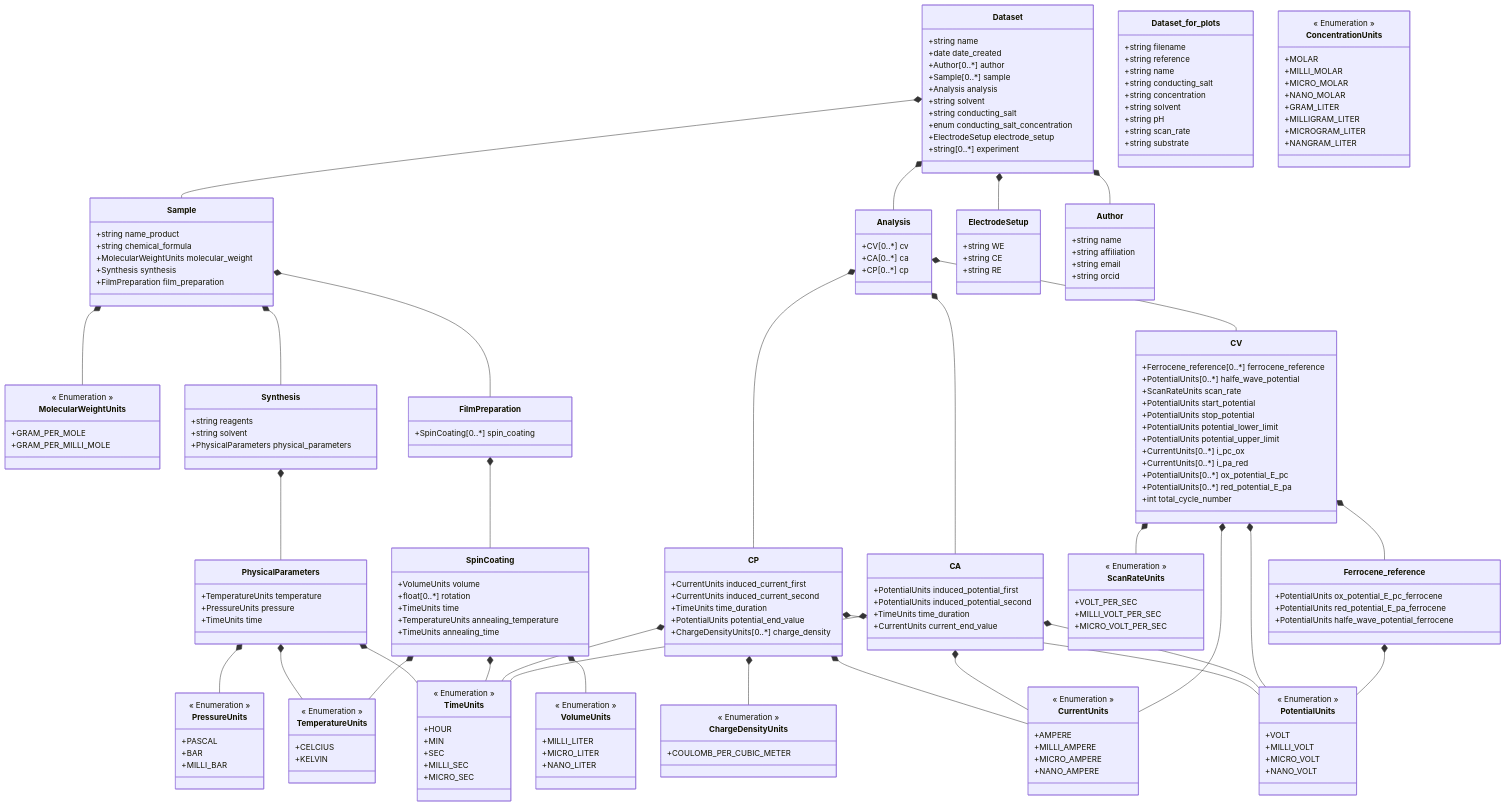
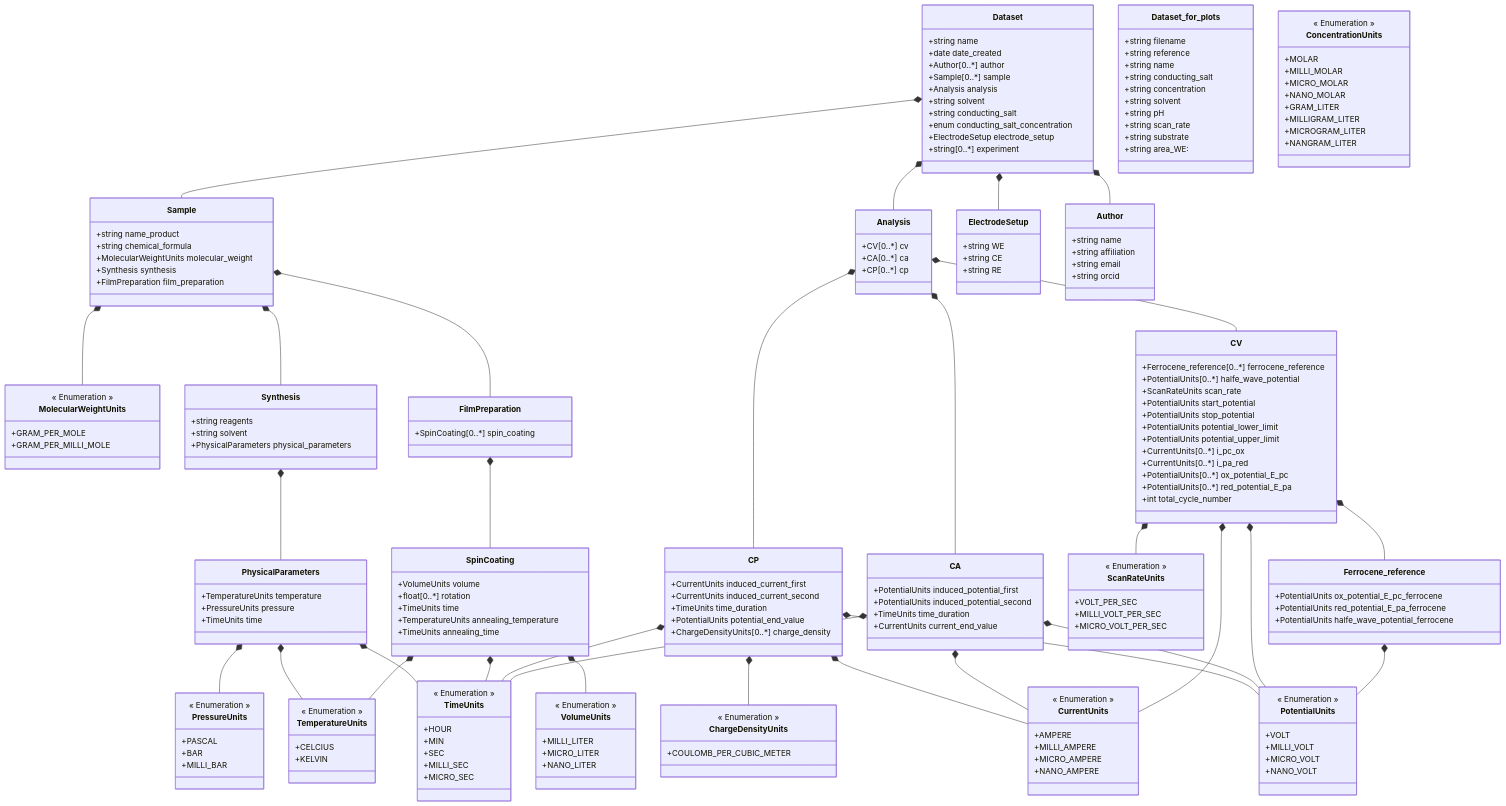
Before and after one commit to FAIRChemistry/datamodel-electrochemistry: the diagram in ElectrochemistryDataModel/schemes/electrochemistrydatamodel_schema.md, drawn with Mermaid. The commit also changed 15 other files, not shown here.

```diff
--- a/ElectrochemistryDataModel/schemes/electrochemistrydatamodel_schema.md
+++ b/ElectrochemistryDataModel/schemes/electrochemistrydatamodel_schema.md
@@ -92,6 +92,7 @@
         +string pH
         +string scan_rate
         +string substrate
+        +string area_WE:
     }
     
     class CP {
```
